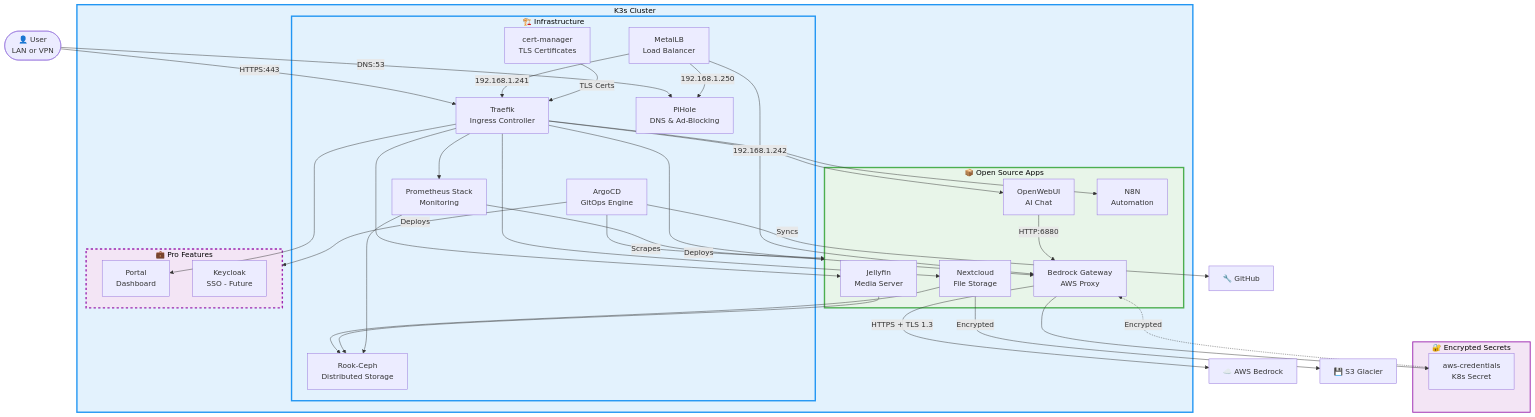
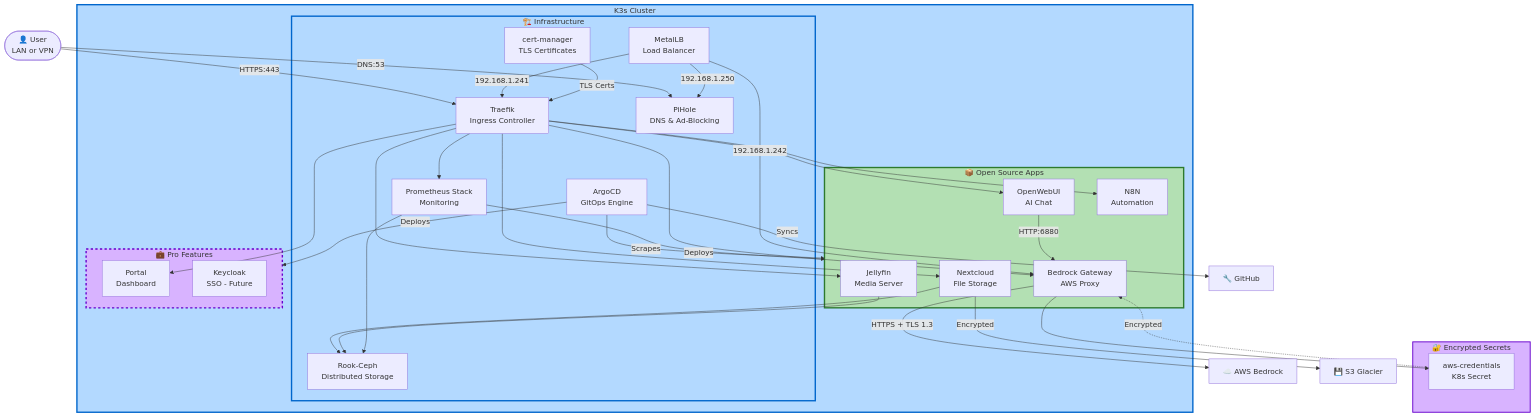
Before and after one commit to seadogger-tech/seadogger-homelab: the second of 6 diagrams in docs/wiki/02-Architecture.md, drawn with Mermaid. The commit also changed other lines of this file and 1 other file, not shown here.

````diff
--- a/docs/wiki/02-Architecture.md
+++ b/docs/wiki/02-Architecture.md
@@ -72,76 +72,76 @@
 ```mermaid
 graph TB
     User([👤 User<br/>LAN or VPN])
 
     subgraph K3s["K3s Cluster"]
         subgraph Infrastructure["🏗️ Infrastructure"]
             Traefik[Traefik<br/>Ingress Controller]
             MetalLB[MetalLB<br/>Load Balancer]
             Ceph[Rook-Ceph<br/>Distributed Storage]
             CertMgr[cert-manager<br/>TLS Certificates]
             ArgoCD[ArgoCD<br/>GitOps Engine]
             Prom[Prometheus Stack<br/>Monitoring]
             PiHole[PiHole<br/>DNS & Ad-Blocking]
         end
 
         subgraph Apps["📦 Open Source Apps"]
             Nextcloud[Nextcloud<br/>File Storage]
             Jellyfin[Jellyfin<br/>Media Server]
             OpenWebUI[OpenWebUI<br/>AI Chat]
             N8N[N8N<br/>Automation]
             Bedrock_GW[Bedrock Gateway<br/>AWS Proxy]
         end
 
         subgraph Pro["💼 Pro Features"]
             Portal[Portal<br/>Dashboard]
             Keycloak[Keycloak<br/>SSO - Future]
         end
     end
 
     subgraph Secrets["🔐 Encrypted Secrets"]
         AWS_Secret[aws-credentials<br/>K8s Secret]
     end
 
     GitHub[🔧 GitHub]
     AWS[☁️ AWS Bedrock]
     S3[💾 S3 Glacier]
 
     User -->|HTTPS:443| Traefik
     User -->|DNS:53| PiHole
 
     Traefik --> Nextcloud
     Traefik --> Jellyfin
     Traefik --> OpenWebUI
     Traefik --> N8N
     Traefik --> Portal
     Traefik --> Prom
     Traefik --> Bedrock_GW
 
     ArgoCD -->|Deploys| Apps
     ArgoCD -->|Deploys| Pro
     ArgoCD -->|Syncs| GitHub
 
     MetalLB -->|192.168.1.241| Traefik
     MetalLB -->|192.168.1.250| PiHole
     MetalLB -->|192.168.1.242| Bedrock_GW
 
     CertMgr -->|TLS Certs| Traefik
 
     Nextcloud --> Ceph
     Jellyfin --> Ceph
     Prom --> Ceph
 
     Bedrock_GW --> AWS_Secret
     AWS_Secret -.->|Encrypted| Bedrock_GW
 
     Prom -->|Scrapes| Apps
     OpenWebUI -->|HTTP:6880| Bedrock_GW
     Bedrock_GW -->|HTTPS + TLS 1.3| AWS
     Nextcloud -->|Encrypted| S3
 
-    style Infrastructure fill:#e3f2fd,stroke:#2196f3,stroke-width:3px,color:#000
-    style Apps fill:#e8f5e9,stroke:#4caf50,stroke-width:3px,color:#000
-    style Pro fill:#f3e5f5,stroke:#9c27b0,stroke-width:3px,stroke-dasharray: 5 5,color:#000
-    style K3s fill:#e3f2fd,stroke:#2196f3,stroke-width:3px,color:#000
-    style Secrets fill:#f3e5f5,stroke:#9c27b0,stroke-width:2px,color:#000
+    style Infrastructure fill:#b3d9ff,stroke:#0066cc,stroke-width:3px
+    style Apps fill:#b3e0b3,stroke:#2d7a2d,stroke-width:3px
+    style Pro fill:#d8b3ff,stroke:#6600cc,stroke-width:3px,stroke-dasharray: 5 5
+    style K3s fill:#b3d9ff,stroke:#0066cc,stroke-width:3px
+    style Secrets fill:#d8b3ff,stroke:#6600cc,stroke-width:2px
 ```
````
